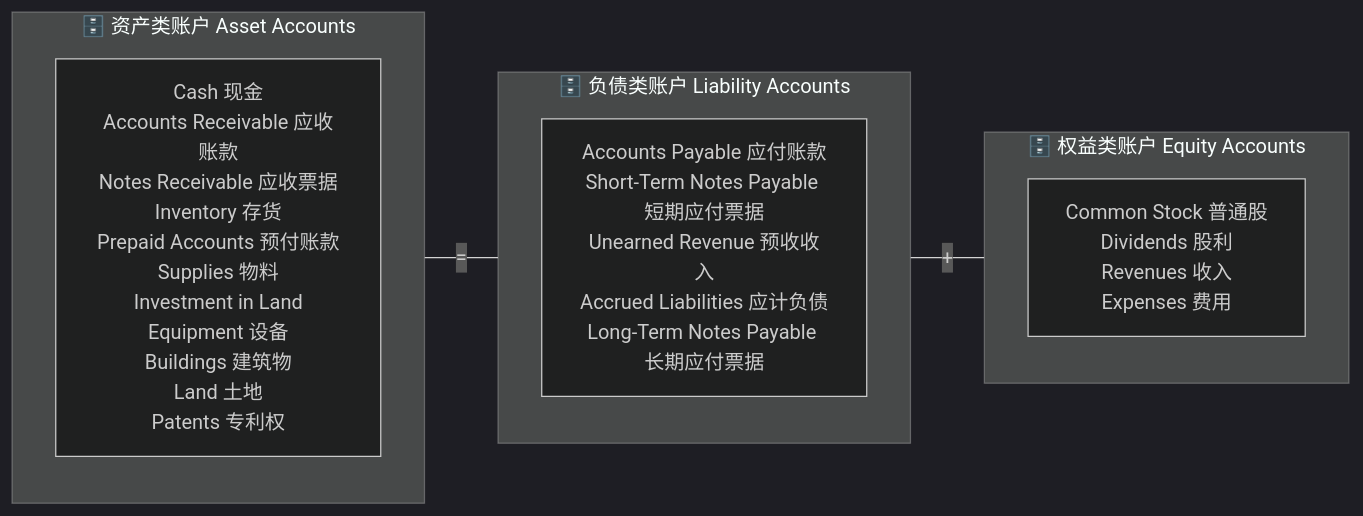
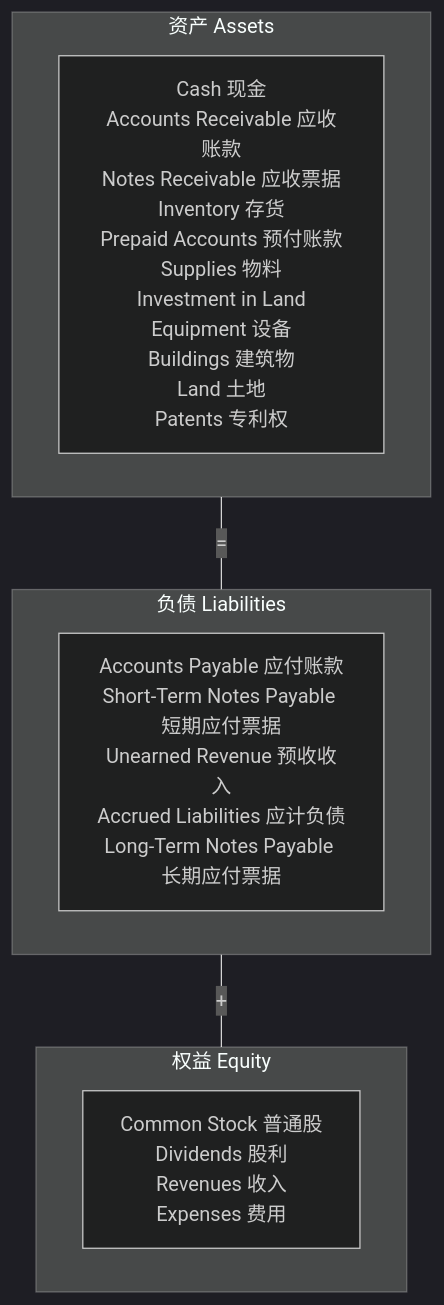
Before and after one commit to CercaTrovato/cityu-ai-course-notes: the first of 7 diagrams in AC6761_Artificial_Intelligence_Accounting/notes/M02-交易的会计处理.md, drawn with Mermaid (dark theme). The commit also changed other lines of this file and 123 other files, not shown here.

````diff
--- a/AC6761_Artificial_Intelligence_Accounting/notes/M02-交易的会计处理.md
+++ b/AC6761_Artificial_Intelligence_Accounting/notes/M02-交易的会计处理.md
@@ -245,14 +255,14 @@
 ```mermaid
-flowchart LR
-    subgraph A["🗄️ 资产类账户 Asset Accounts"]
+flowchart TD
+    subgraph A["资产 Assets"]
         A1["Cash 现金<br/>Accounts Receivable 应收账款<br/>Notes Receivable 应收票据<br/>Inventory 存货<br/>Prepaid Accounts 预付账款<br/>Supplies 物料<br/>Investment in Land<br/>Equipment 设备<br/>Buildings 建筑物<br/>Land 土地<br/>Patents 专利权"]
     end
-    subgraph L["🗄️ 负债类账户 Liability Accounts"]
+    subgraph L["负债 Liabilities"]
         L1["Accounts Payable 应付账款<br/>Short-Term Notes Payable 短期应付票据<br/>Unearned Revenue 预收收入<br/>Accrued Liabilities 应计负债<br/>Long-Term Notes Payable 长期应付票据"]
     end
-    subgraph E["🗄️ 权益类账户 Equity Accounts"]
+    subgraph E["权益 Equity"]
         E1["Common Stock 普通股<br/>Dividends 股利<br/>Revenues 收入<br/>Expenses 费用"]
     end
     A ---|"="| L
     L ---|"+"| E
 ```
````
